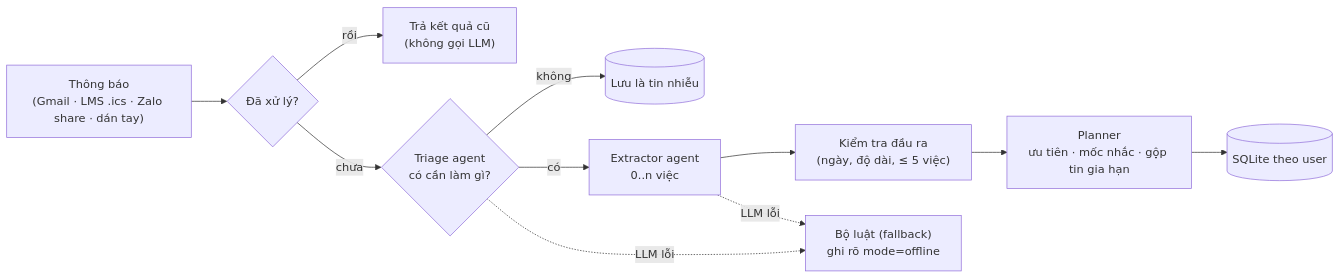
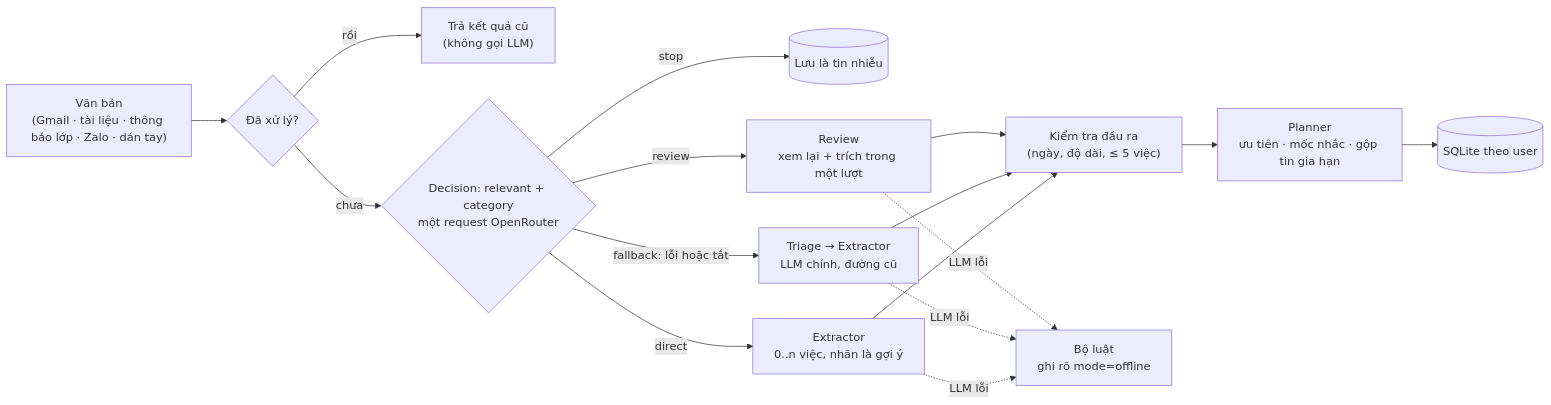
The second of 3 diagrams in docs/ARCHITECTURE.md (muoibuon/mstudent-backend), drawn with Mermaid before and after one commit. The commit also changed other lines of this file and 29 other files, not shown here.

Commit message:
feat: filter and classify notices with Decision before main LLM

````diff
--- a/docs/ARCHITECTURE.md
+++ b/docs/ARCHITECTURE.md
@@ -52,13 +53,18 @@
 ```mermaid
 flowchart LR
-  M["Thông báo<br/>(Gmail · LMS .ics · Zalo share · dán tay)"] --> D{Đã xử lý?}
+  M["Văn bản<br/>(Gmail · tài liệu · thông báo lớp · Zalo · dán tay)"] --> D{Đã xử lý?}
   D -- rồi --> C["Trả kết quả cũ<br/>(không gọi LLM)"]
-  D -- chưa --> T{"Triage agent<br/>có cần làm gì?"}
-  T -- không --> X[(Lưu là tin nhiễu)]
-  T -- có --> E["Extractor agent<br/>0..n việc"]
+  D -- chưa --> T{"Decision: relevant + category<br/>một request OpenRouter"}
+  T -- stop --> X[(Lưu là tin nhiễu)]
+  T -- direct --> E["Extractor<br/>0..n việc, nhãn là gợi ý"]
+  T -- review --> V["Review<br/>xem lại + trích trong một lượt"]
+  T -- "fallback: lỗi hoặc tắt" --> F["Triage → Extractor<br/>LLM chính, đường cũ"]
+  V --> S
+  F --> S
   E --> S["Kiểm tra đầu ra<br/>(ngày, độ dài, ≤ 5 việc)"]
   S --> P["Planner<br/>ưu tiên · mốc nhắc · gộp tin gia hạn"]
   P --> DB[(SQLite theo user)]
-  T -. LLM lỗi .-> R["Bộ luật (fallback)<br/>ghi rõ mode=offline"]
+  V -. LLM lỗi .-> R["Bộ luật<br/>ghi rõ mode=offline"]
+  F -. LLM lỗi .-> R
   E -. LLM lỗi .-> R
 ```
````
